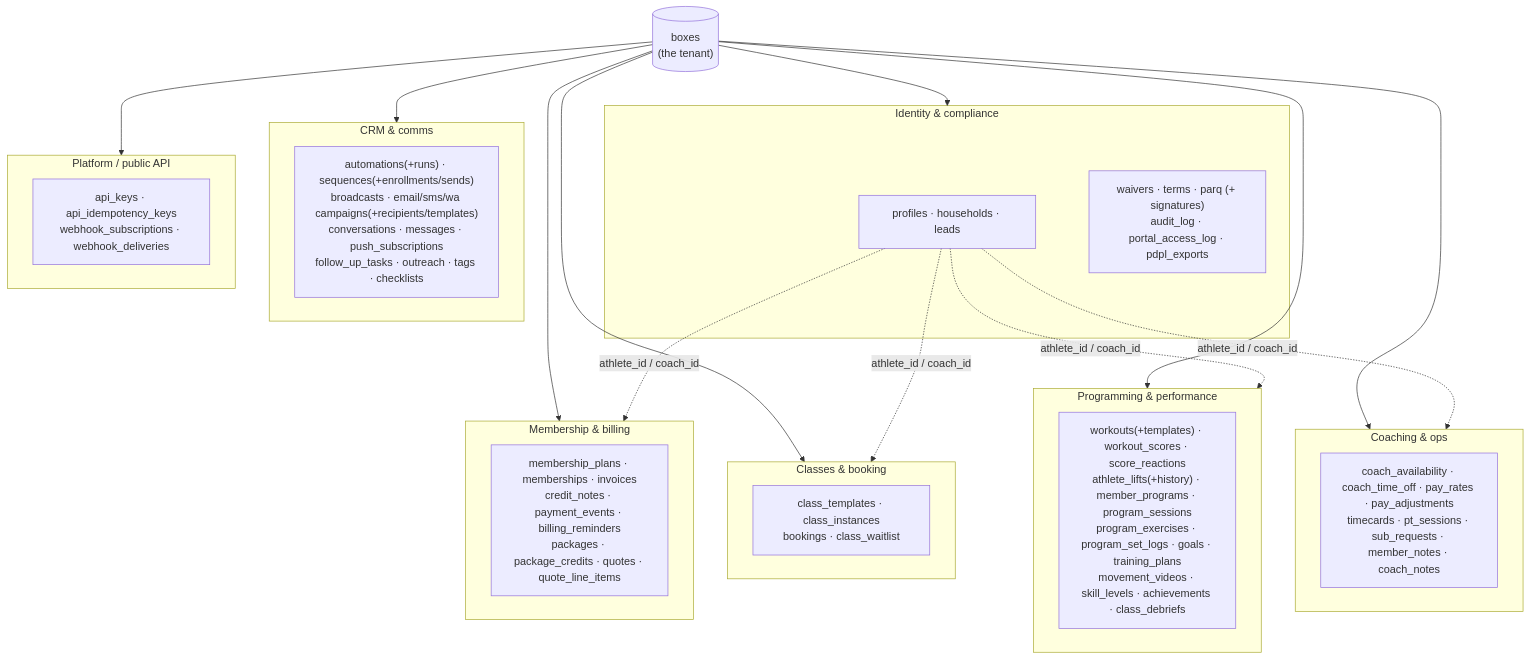
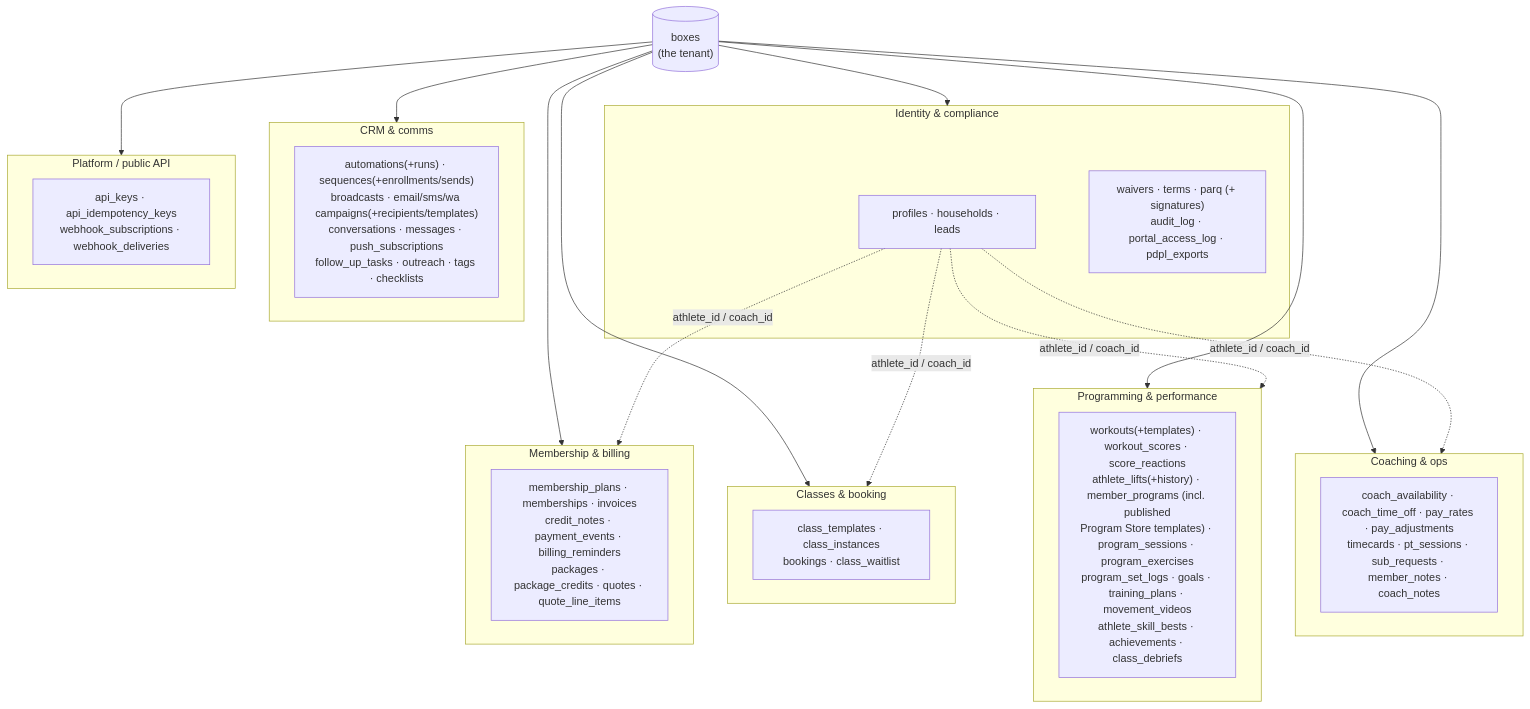
One commit to Walidsh87/circle-glofox changed the fifth of 6 diagrams in docs/ARCHITECTURE.md. Above: the diagram before and after it, drawn with Mermaid. The commit also changed other lines of this file and 12 other files, not shown here.

First line of the commit message:
feat: audit close-out — mig 096 hardening, automated a11y gate, AA contrast, ARCHITECTURE re-ground (#109)

````diff
--- a/docs/ARCHITECTURE.md
+++ b/docs/ARCHITECTURE.md
@@ -164,30 +175,30 @@
 ```mermaid
 flowchart TB
   BOX[("boxes<br/>(the tenant)")]
 
   subgraph identity["Identity & compliance"]
     profiles["profiles · households · leads"]
     agree["waivers · terms · parq (+ signatures)<br/>audit_log · portal_access_log · pdpl_exports"]
   end
   subgraph billing["Membership & billing"]
     bill["membership_plans · memberships · invoices<br/>credit_notes · payment_events · billing_reminders<br/>packages · package_credits · quotes · quote_line_items"]
   end
   subgraph classes["Classes & booking"]
     cls["class_templates · class_instances<br/>bookings · class_waitlist"]
   end
   subgraph prog["Programming & performance"]
-    pr["workouts(+templates) · workout_scores · score_reactions<br/>athlete_lifts(+history) · member_programs · program_sessions<br/>program_exercises · program_set_logs · goals · training_plans<br/>movement_videos · skill_levels · achievements · class_debriefs"]
+    pr["workouts(+templates) · workout_scores · score_reactions<br/>athlete_lifts(+history) · member_programs (incl. published<br/>Program Store templates) · program_sessions · program_exercises<br/>program_set_logs · goals · training_plans · movement_videos<br/>athlete_skill_bests · achievements · class_debriefs"]
   end
   subgraph ops["Coaching & ops"]
     op["coach_availability · coach_time_off · pay_rates · pay_adjustments<br/>timecards · pt_sessions · sub_requests · member_notes · coach_notes"]
   end
   subgraph crm["CRM & comms"]
     cm["automations(+runs) · sequences(+enrollments/sends)<br/>broadcasts · email/sms/wa campaigns(+recipients/templates)<br/>conversations · messages · push_subscriptions<br/>follow_up_tasks · outreach · tags · checklists"]
   end
   subgraph plat["Platform / public API"]
     pl["api_keys · api_idempotency_keys<br/>webhook_subscriptions · webhook_deliveries"]
   end
 
   BOX --> identity & billing & classes & prog & ops & crm & plat
   profiles -.->|"athlete_id / coach_id"| billing & classes & prog & ops
 ```
````
